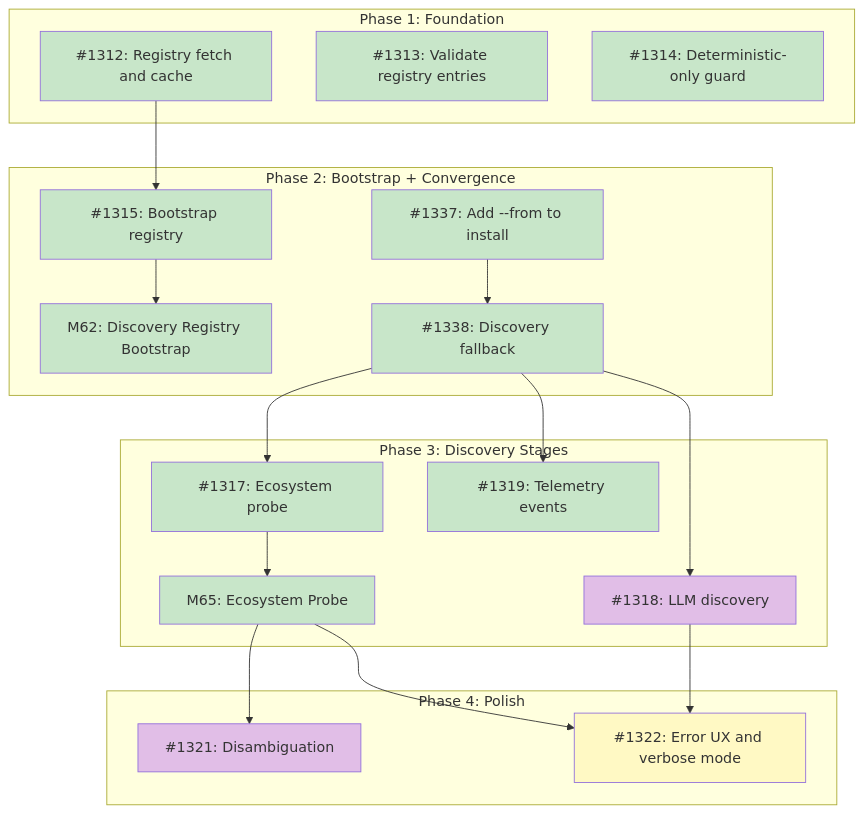
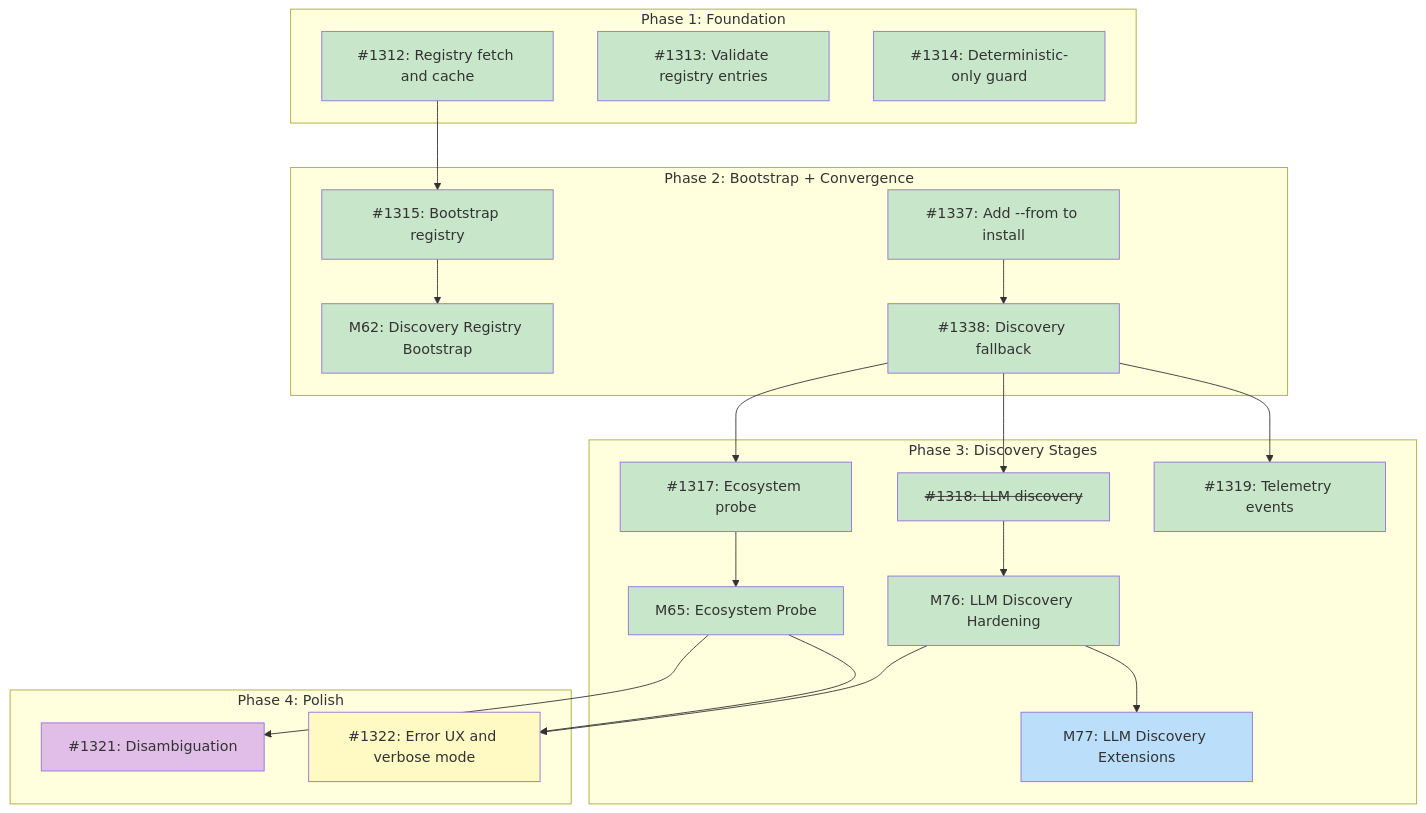
One commit to tsukumogami/tsuku changed the diagram in docs/designs/DESIGN-discovery-resolver.md. Above: the diagram before and after it, drawn with Mermaid. The commit also changed other lines of this file, not shown here.

Commit message:
docs: mark #1318 complete with M76/M77 decomposition
Update DESIGN-discovery-resolver.md to reflect that #1318 (LLM discovery)
was decomposed into milestones M76 (Hardening) and M77 (Extensions) via
PR #1606. Add milestone entries to the issues table and dependency graph.

````diff
--- a/docs/designs/DESIGN-discovery-resolver.md
+++ b/docs/designs/DESIGN-discovery-resolver.md
@@ -64,54 +68,59 @@
 ```mermaid
 graph TD
     subgraph Phase1["Phase 1: Foundation"]
         I1312["#1312: Registry fetch and cache"]
         I1313["#1313: Validate registry entries"]
         I1314["#1314: Deterministic-only guard"]
     end
 
     subgraph Phase2["Phase 2: Bootstrap + Convergence"]
         M62["M62: Discovery Registry Bootstrap"]
         I1315["#1315: Bootstrap registry"]
         I1337["#1337: Add --from to install"]
         I1338["#1338: Discovery fallback"]
     end
 
     subgraph Phase3["Phase 3: Discovery Stages"]
         I1317["#1317: Ecosystem probe"]
         M65["M65: Ecosystem Probe"]
-        I1318["#1318: LLM discovery"]
+        I1318["<s>#1318: LLM discovery</s>"]
+        M76["M76: LLM Discovery Hardening"]
+        M77["M77: LLM Discovery Extensions"]
         I1319["#1319: Telemetry events"]
     end
 
     subgraph Phase4["Phase 4: Polish"]
         I1321["#1321: Disambiguation"]
         I1322["#1322: Error UX and verbose mode"]
     end
 
     I1312 --> I1315
     I1315 --> M62
     I1337 --> I1338
     I1338 --> I1317
     I1317 --> M65
     I1338 --> I1318
+    I1318 --> M76
+    M76 --> M77
     I1338 --> I1319
     M65 --> I1321
     M65 --> I1322
-    I1318 --> I1322
+    M76 --> I1322
 
     classDef done fill:#c8e6c9
     classDef ready fill:#bbdefb
     classDef blocked fill:#fff9c4
     classDef needsDesign fill:#e1bee7
 
     class I1312,I1313,I1314 done
     class I1337,I1338 done
     class I1319 done
     class I1317 done
-    class I1318 needsDesign
+    class I1318,M76 done
+    class M77 ready
     class M65 done
     class M62 done
     class I1315 done
     class I1321 needsDesign
     class I1322 blocked
 ```
````
